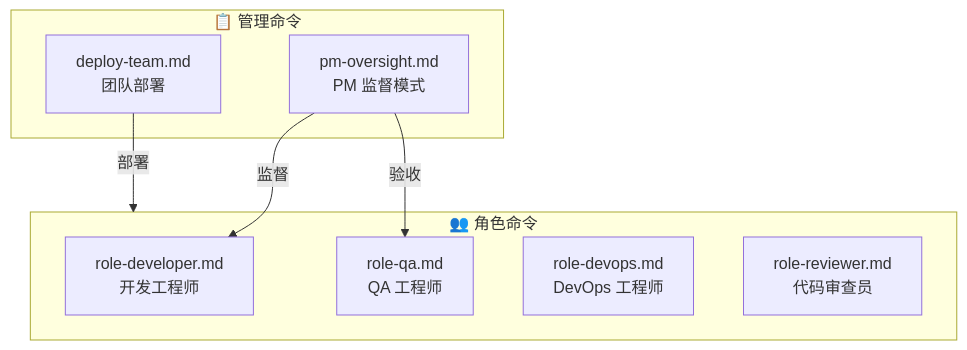
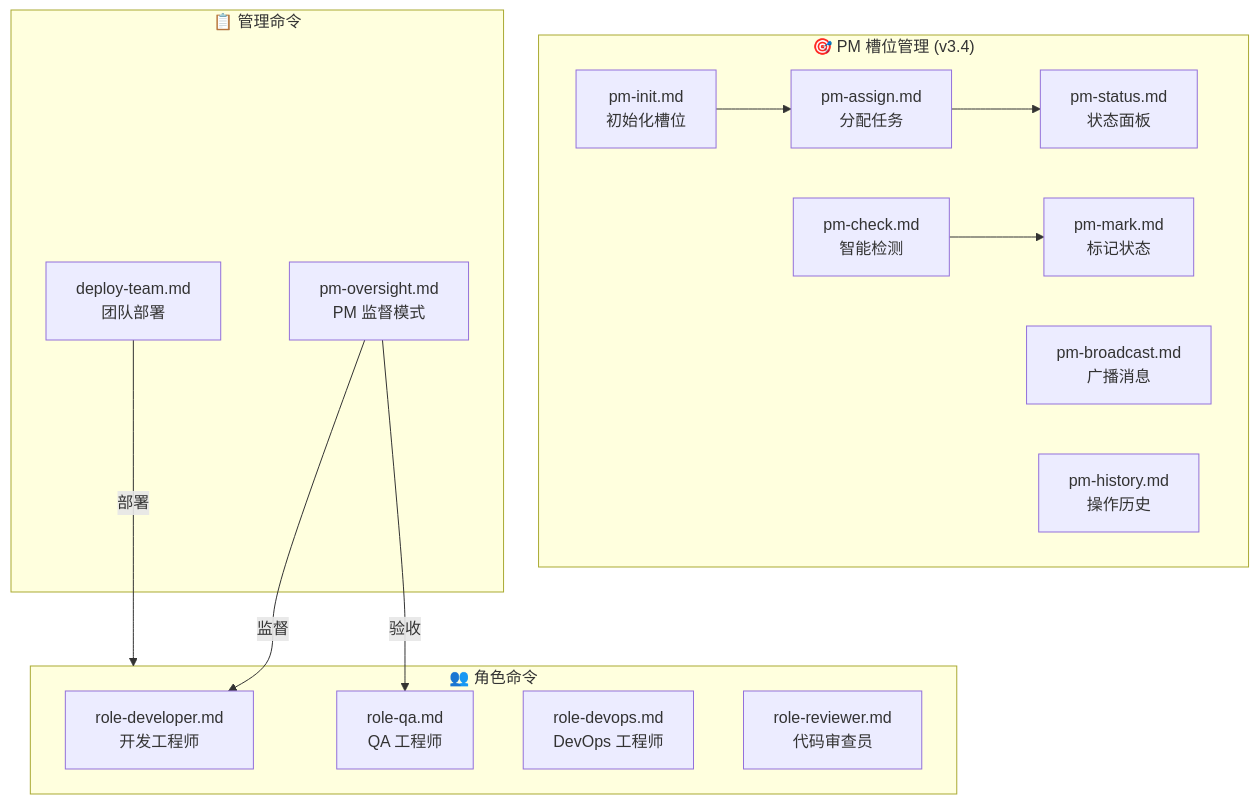
The diagram in .claude/commands/tmuxAI/CLAUDE.md (coolwoo/Tmux-AI-Team), drawn with Mermaid before and after one commit. The commit also changed other lines of this file and 12 other files, not shown here.

````diff
--- a/.claude/commands/tmuxAI/CLAUDE.md
+++ b/.claude/commands/tmuxAI/CLAUDE.md
@@ -11,18 +11,31 @@
 ```mermaid
 graph TB
+    subgraph PMSlots["🎯 PM 槽位管理 (v3.4)"]
+        INIT["pm-init.md<br/>初始化槽位"]
+        ASSIGN["pm-assign.md<br/>分配任务"]
+        STATUS["pm-status.md<br/>状态面板"]
+        CHECK["pm-check.md<br/>智能检测"]
+        MARK["pm-mark.md<br/>标记状态"]
+        BROADCAST["pm-broadcast.md<br/>广播消息"]
+        HISTORY["pm-history.md<br/>操作历史"]
+    end
+
     subgraph Management["📋 管理命令"]
         PM["pm-oversight.md<br/>PM 监督模式"]
         DEPLOY["deploy-team.md<br/>团队部署"]
     end
 
     subgraph Roles["👥 角色命令"]
         DEV["role-developer.md<br/>开发工程师"]
         QA["role-qa.md<br/>QA 工程师"]
         DEVOPS["role-devops.md<br/>DevOps 工程师"]
         REVIEW["role-reviewer.md<br/>代码审查员"]
     end
 
+    INIT --> ASSIGN
+    ASSIGN --> STATUS
+    CHECK --> MARK
     PM -->|"监督"| DEV
     PM -->|"验收"| QA
     DEPLOY -->|"部署"| Roles
 ```
````
